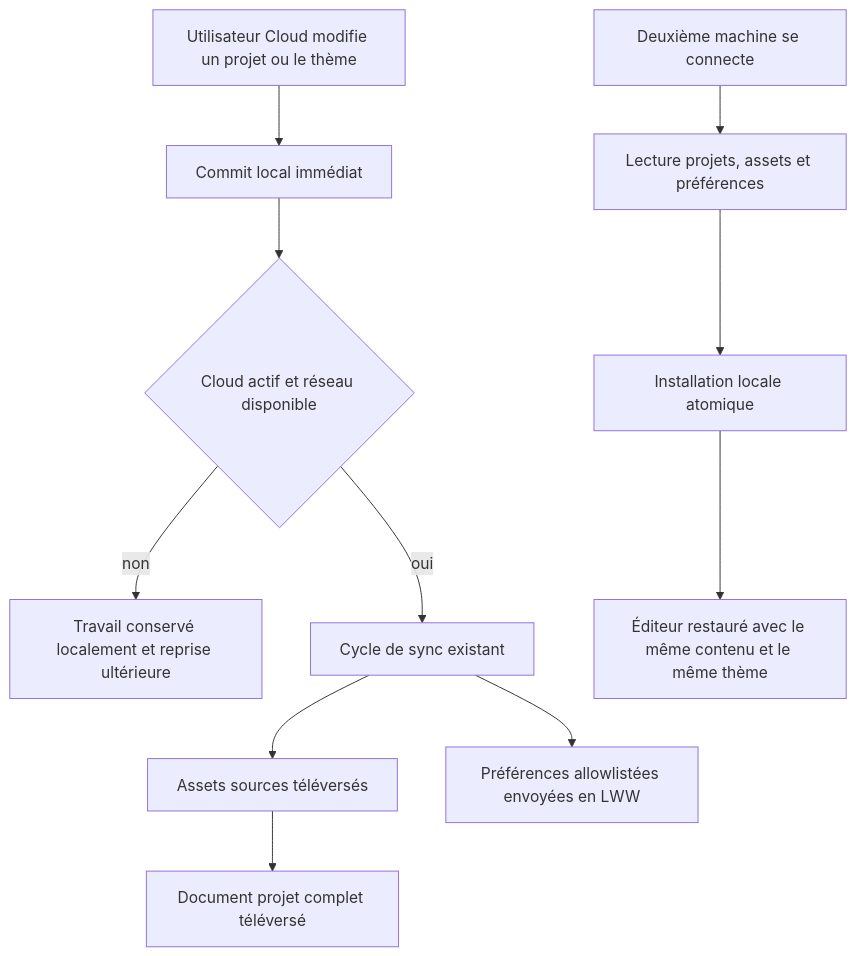
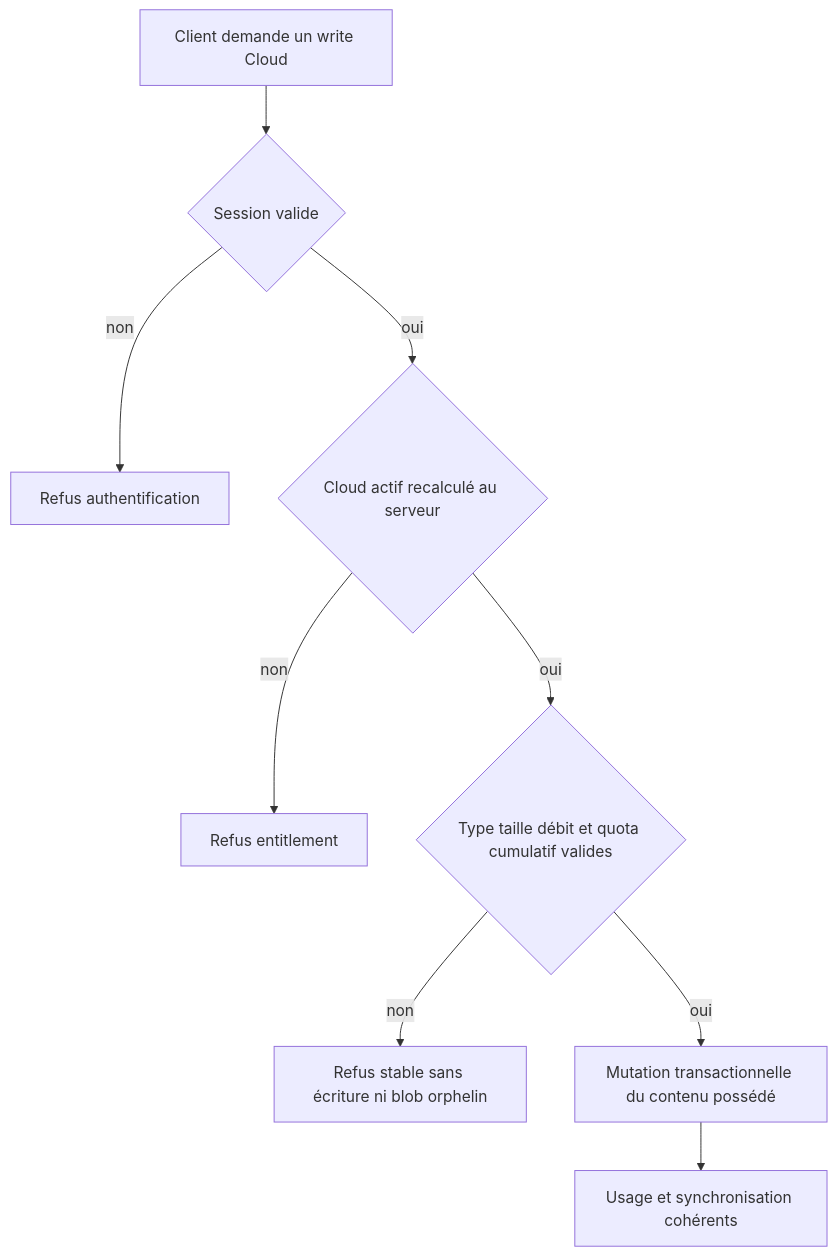
The first of 2 diagrams in aidd_docs/tasks/2026_08/2026_08_15_local-cloud-plans/phase-2.md (neogenz/screenforge), drawn with Mermaid before and after one commit. The commit also changed other lines of this file and 60 other files, not shown here.

Commit message:
feat: make Local free and Cloud-only

````diff
--- a/aidd_docs/tasks/2026_08/2026_08_15_local-cloud-plans/phase-2.md
+++ b/aidd_docs/tasks/2026_08/2026_08_15_local-cloud-plans/phase-2.md
@@ -33,13 +36,11 @@
 ```mermaid
 flowchart TD
-  A[Utilisateur Cloud modifie un projet ou le thème] --> B[Commit local immédiat]
-  B --> C{Cloud actif et réseau disponible}
-  C -->|non| D[Travail conservé localement et reprise ultérieure]
-  C -->|oui| E[Cycle de sync existant]
-  E --> F[Assets sources téléversés]
-  F --> G[Document projet complet téléversé]
-  E --> H[Préférences allowlistées envoyées en LWW]
-  I[Deuxième machine se connecte] --> J[Lecture projets, assets et préférences]
-  J --> K[Installation locale atomique]
-  K --> L[Éditeur restauré avec le même contenu et le même thème]
+  A[Client demande un write Cloud] --> B{Session valide}
+  B -->|non| C[Refus authentification]
+  B -->|oui| D{Cloud actif recalculé au serveur}
+  D -->|non| E[Refus entitlement]
+  D -->|oui| F{Type taille débit et quota cumulatif valides}
+  F -->|non| G[Refus stable sans écriture ni blob orphelin]
+  F -->|oui| H[Mutation transactionnelle du contenu possédé]
+  H --> I[Usage et synchronisation cohérents]
 ```
````
